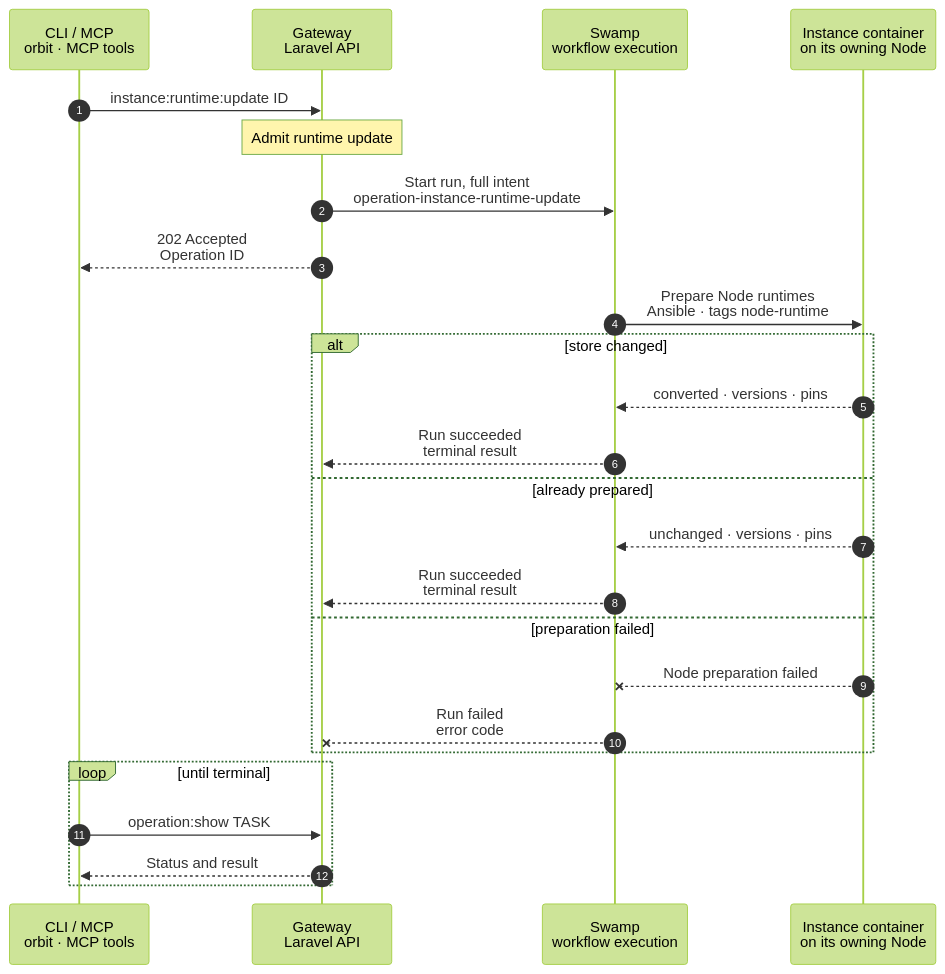
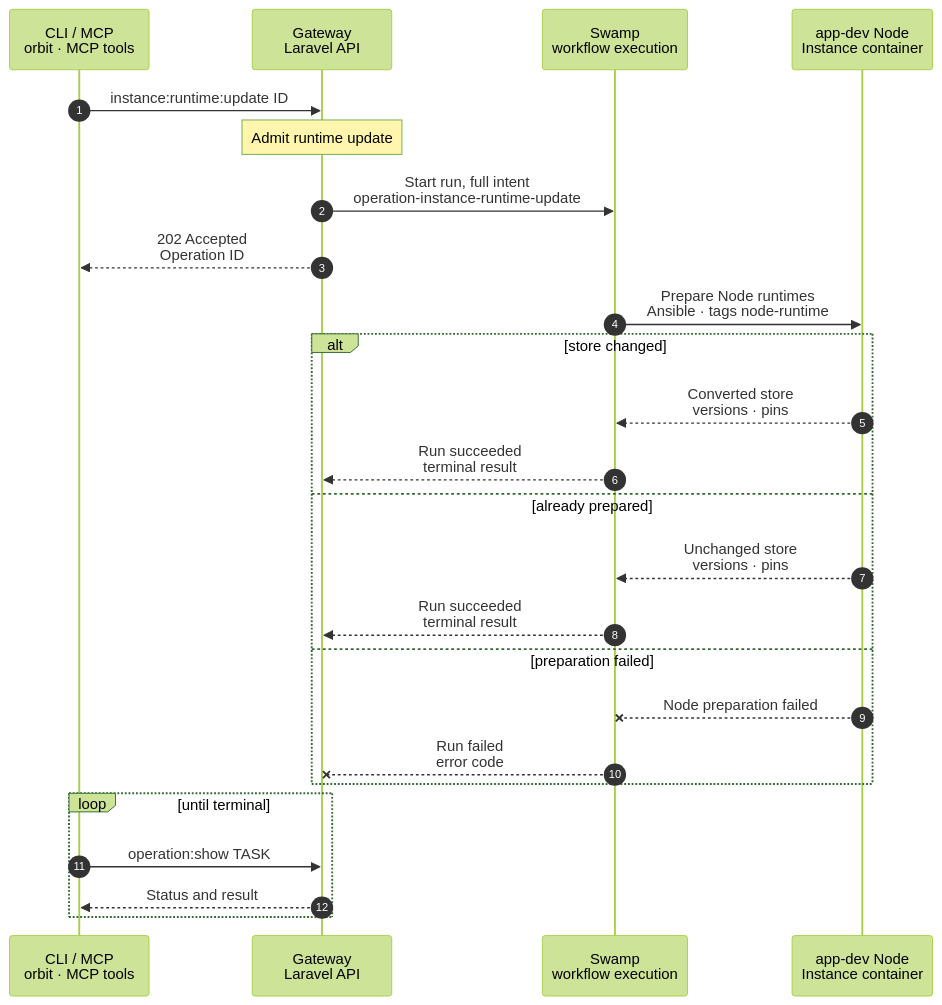
Before and after one commit to hardimpactdev/orbit: the diagram in docs/cli/instance/runtime-update.mmd, drawn with Mermaid (forest theme). The commit also changed 17 other files, not shown here.

Commit message:
feat: update one Instance Node runtime store without restarting Processes

```diff
--- a/docs/cli/instance/runtime-update.mmd
+++ b/docs/cli/instance/runtime-update.mmd
@@ -1,48 +1,48 @@
 sequenceDiagram
   %% Private Node store: one named running container, no Process actions.
   %% status: draft
   %% command: instance:runtime:update
   %% kind: instance.runtime_update
   autonumber
   %% lane CLI icon=terminal pill=caller tone=gray
   %% lane GW icon=gateway pill=intent tone=blue
   %% lane SW icon=workflow pill=executes tone=green
   %% lane N icon=server pill=target tone=amber
   participant CLI as CLI / MCP<br/>orbit · MCP tools
   participant GW as Gateway<br/>Laravel API
   participant SW as Swamp<br/>workflow execution
-  participant N as Instance container<br/>on its owning Node
+  participant N as app-dev Node<br/>Instance container
   CLI->>GW: instance:runtime:update ID
   %%> Command:
   %%> - `orbit instance:runtime:update INSTANCE`
   %%> - syntax: `<instance-id> [--json]`
   Note over GW: Admit runtime update
   %%> When:
   %%> - the named Instance is active, has a running container and has no lifecycle or Process operation in progress; hold its Instance lock
   %%> On failure:
   %%> - a checkout, stopped container or busy Instance refuses with existing codes and starts no run
   GW->>SW: Start run, full intent<br/>operation-instance-runtime-update
   GW-->>CLI: 202 Accepted<br/>Operation ID
   SW->>N: Prepare Node runtimes<br/>Ansible · tags node-runtime
   %%> What it does:
   %%> - atomically converts the old shared-store link to a private copy; Vite+ resolves each Process working directory and fetches only a missing resolved Node
   %%> - the phase is bounded at 150 seconds; resolution and downloads share 90 seconds; no Process is stopped, started or restarted
   alt store changed
     %% path: main
-    N-->>SW: converted · versions · pins
+    N-->>SW: Converted store<br/>versions · pins
     SW-->>GW: Run succeeded<br/>terminal result
   else already prepared
     %% path: repeat
-    N-->>SW: unchanged · versions · pins
+    N-->>SW: Unchanged store<br/>versions · pins
     SW-->>GW: Run succeeded<br/>terminal result
   else preparation failed
     %% path: failed
     N--xSW: Node preparation failed
     %%> On failure:
     %%> - instance.node_runtime_prepare_failed names the pin and reason; completed copies stay; the owner may repeat; Processes remain as they were
     SW--xGW: Run failed<br/>error code
   end
   loop until terminal
     CLI->>GW: operation:show TASK
     GW-->>CLI: Status and result
   end
```
